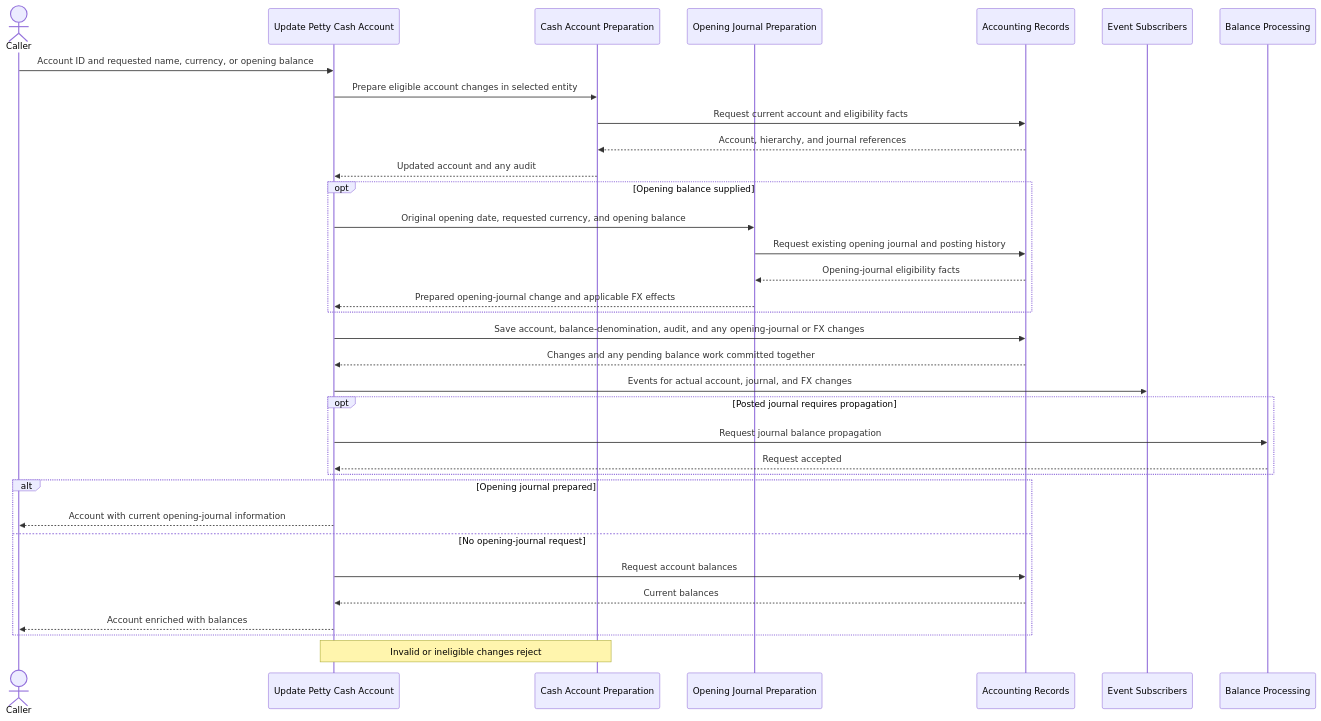
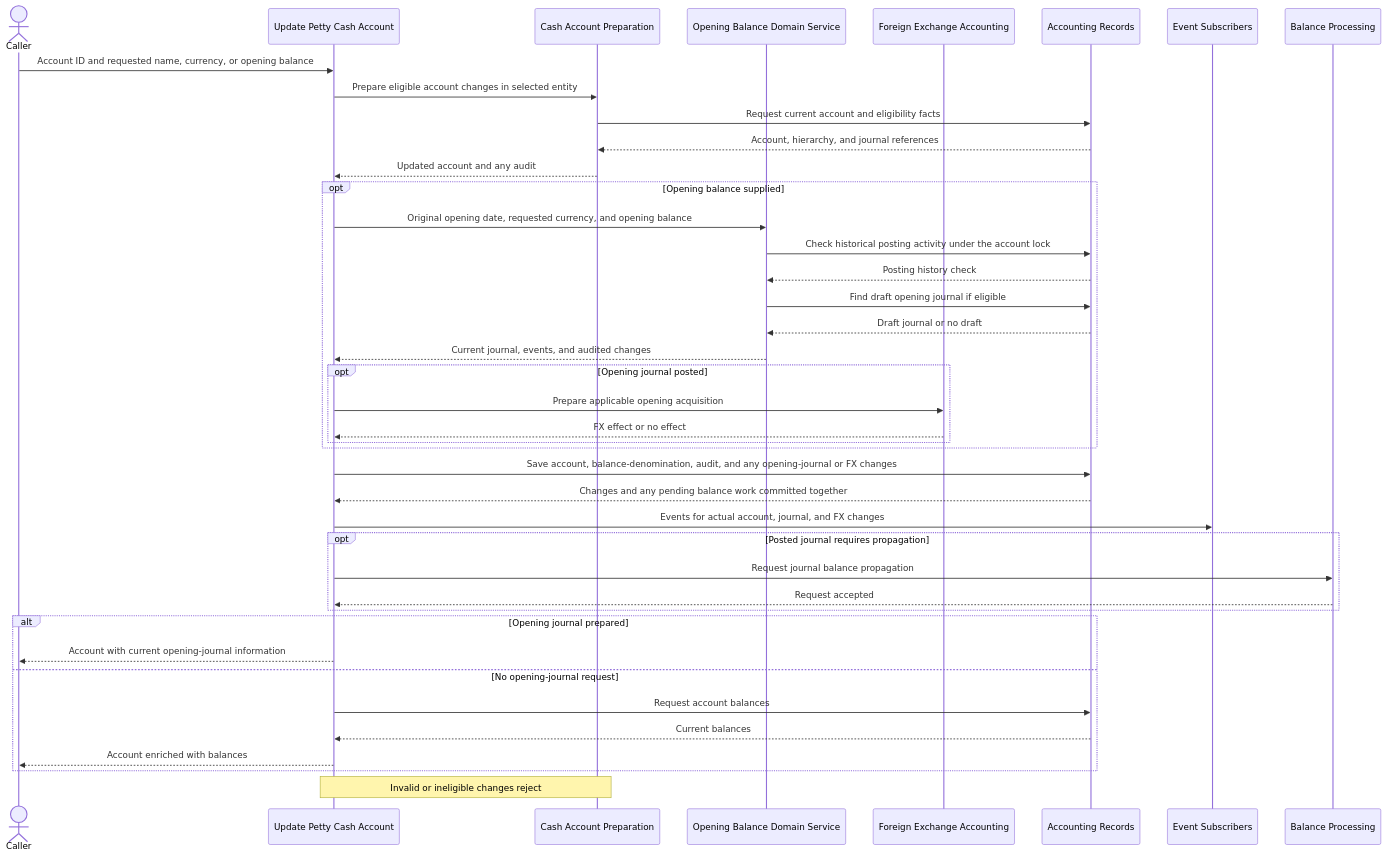
Before and after one commit to drimsheet/drimsheet-core: the diagram in src/app/ledger/usecases/__docs__/update-petty-cash-account.sequence.md, drawn with Mermaid. The commit also changed 34 other files, not shown here.

Commit message:
refactor(journal-entry): remove opening balance app service

````diff
--- a/src/app/ledger/usecases/__docs__/update-petty-cash-account.sequence.md
+++ b/src/app/ledger/usecases/__docs__/update-petty-cash-account.sequence.md
@@ -3,37 +3,44 @@
 ```mermaid
 sequenceDiagram
     actor Caller
     participant Update as Update Petty Cash Account
     participant Accounts as Cash Account Preparation
-    participant Opening as Opening Journal Preparation
+    participant Opening as Opening Balance Domain Service
+    participant FX as Foreign Exchange Accounting
     participant Records as Accounting Records
     participant Events as Event Subscribers
     participant Balances as Balance Processing
 
     Caller->>Update: Account ID and requested name, currency, or opening balance
     Update->>Accounts: Prepare eligible account changes in selected entity
     Accounts->>Records: Request current account and eligibility facts
     Records-->>Accounts: Account, hierarchy, and journal references
     Accounts-->>Update: Updated account and any audit
     opt Opening balance supplied
         Update->>Opening: Original opening date, requested currency, and opening balance
-        Opening->>Records: Request existing opening journal and posting history
-        Records-->>Opening: Opening-journal eligibility facts
-        Opening-->>Update: Prepared opening-journal change and applicable FX effects
+        Opening->>Records: Check historical posting activity under the account lock
+        Records-->>Opening: Posting history check
+        Opening->>Records: Find draft opening journal if eligible
+        Records-->>Opening: Draft journal or no draft
+        Opening-->>Update: Current journal, events, and audited changes
+        opt Opening journal posted
+            Update->>FX: Prepare applicable opening acquisition
+            FX-->>Update: FX effect or no effect
+        end
     end
     Update->>Records: Save account, balance-denomination, audit, and any opening-journal or FX changes
     Records-->>Update: Changes and any pending balance work committed together
     Update->>Events: Events for actual account, journal, and FX changes
     opt Posted journal requires propagation
         Update->>Balances: Request journal balance propagation
         Balances-->>Update: Request accepted
     end
     alt Opening journal prepared
         Update-->>Caller: Account with current opening-journal information
     else No opening-journal request
         Update->>Records: Request account balances
         Records-->>Update: Current balances
         Update-->>Caller: Account enriched with balances
     end
     Note over Update,Accounts: Invalid or ineligible changes reject
 ```
````
